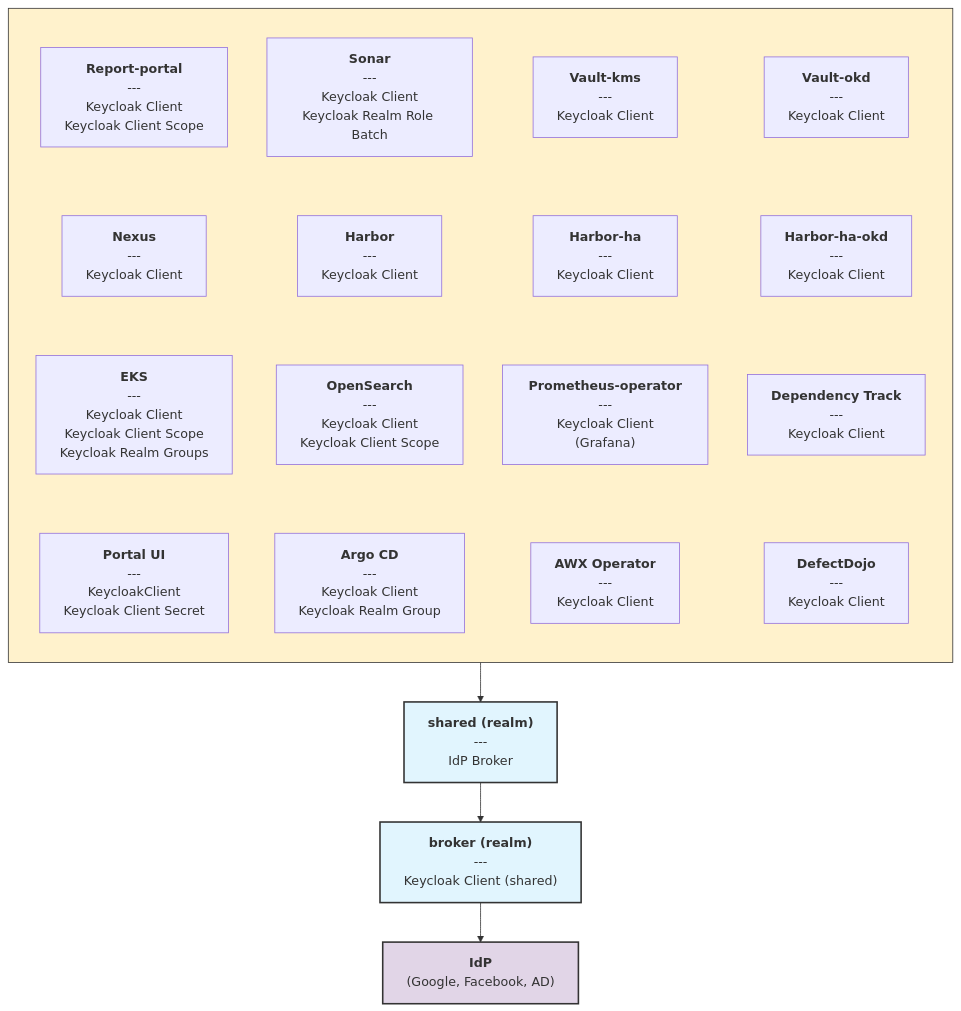
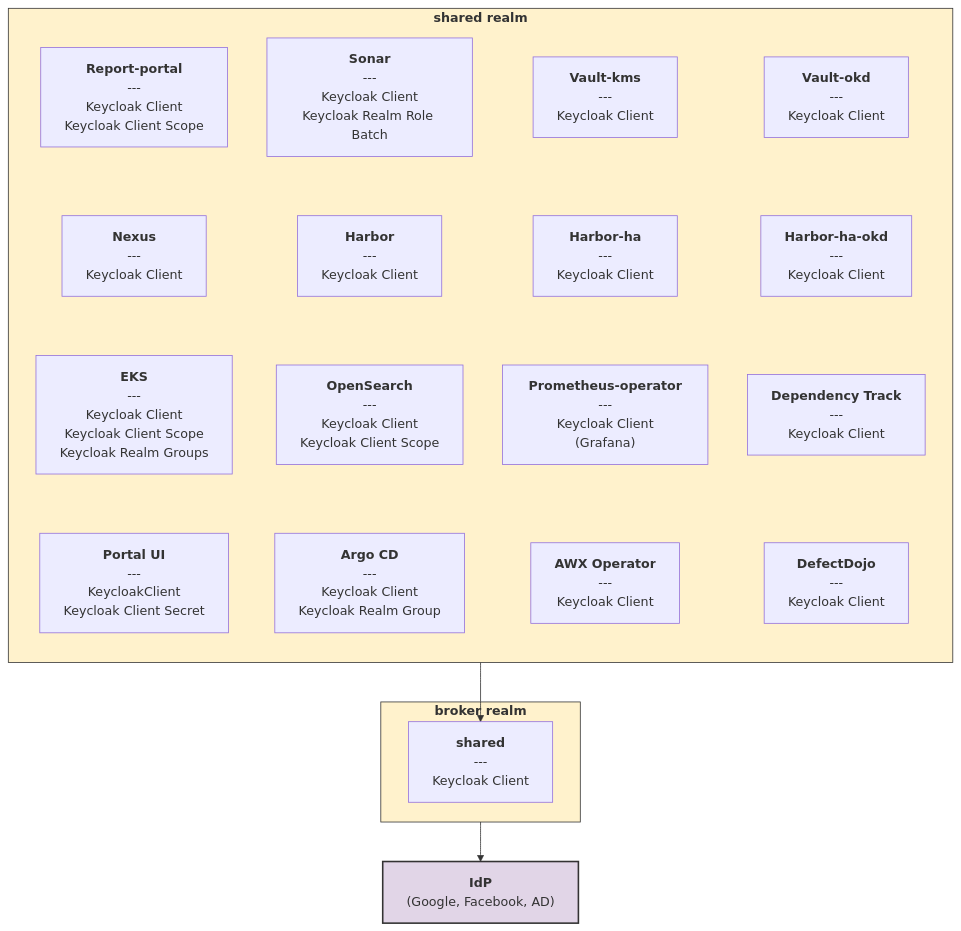
The first of 2 diagrams in versioned_docs/version-3.9.0/operator-guide/auth/platform-auth-model.md (KubeRocketCI/docs), drawn with Mermaid before and after one commit. The commit also changed other lines of this file and 2 other files, not shown here.

````diff
--- a/versioned_docs/version-3.9.0/operator-guide/auth/platform-auth-model.md
+++ b/versioned_docs/version-3.9.0/operator-guide/auth/platform-auth-model.md
@@ -13,41 +14,41 @@
 ```mermaid
 graph TD;
     style integrated_services fill:#FFF2CC,stroke:#333,stroke-width:1px
-    style shared_realm fill:#e1f5fe,stroke:#333,stroke-width:2px
-    style broker_realm fill:#e1f5fe,stroke:#333,stroke-width:2px
+    style broker_realm fill:#FFF2CC,stroke:#333,stroke-width:1px
     style IdP fill:#E1D5E7,stroke:#333,stroke-width:2px,dashed
 
-    subgraph integrated_services [" "]
+    subgraph integrated_services ["<b>shared realm</b>"]
         direction TB
         Report-Portal["<b>Report-portal</b><br>---<br>Keycloak Client<br> Keycloak Client Scope"]
         Sonar["<b>Sonar</b><br>---<br>Keycloak Client<br>Keycloak Realm Role Batch"]
         Vault-kms["<b>Vault-kms</b><br> --- <br> Keycloak Client"]
         Vault-okd["<b>Vault-okd</b><br> --- <br> Keycloak Client"]
         ArgoCD["<b>Argo CD</b><br> --- <br> Keycloak Client <br> Keycloak Realm Group"]
 
         EKS["<b>EKS</b><br> --- <br> Keycloak Client <br> Keycloak Client Scope <br> Keycloak Realm Groups"]
         Harbor["<b>Harbor</b><br> --- <br> Keycloak Client"]
         Harbor-ha["<b>Harbor-ha</b><br> --- <br> Keycloak Client"]
         Harbor-ha-okd["<b>Harbor-ha-okd</b><br> --- <br> Keycloak Client"]
         AWX-operator["<b>AWX Operator</b><br> --- <br> Keycloak Client"]
 
         Nexus["<b>Nexus</b><br> --- <br> Keycloak Client"]
         OpenSearch["<b>OpenSearch</b><br> --- <br> Keycloak Client <br> Keycloak Client Scope"]
         Prometheus-operator["<b>Prometheus-operator</b><br> --- <br> Keycloak Client (Grafana)"]
         DependencyTrack["<b>Dependency Track</b><br> --- <br> Keycloak Client"]
         DefectDojo["<b>DefectDojo</b><br> --- <br> Keycloak Client"]
 
         Portal["<b>Portal UI</b><br> --- <br> KeycloakClient <br> Keycloak Client Secret"]
 
         %% Define the new 4x4 grid layout
         Report-Portal ~~~ Nexus ~~~ EKS ~~~ Portal
         Sonar ~~~ Harbor ~~~ OpenSearch ~~~ ArgoCD
         Vault-kms ~~~ Harbor-ha ~~~ Prometheus-operator ~~~ AWX-operator
         Vault-okd ~~~ Harbor-ha-okd ~~~ DependencyTrack ~~~ DefectDojo
     end
+    subgraph broker_realm ["<b>broker realm</b>"]
+     shared["<b>shared</b><br> --- <br> Keycloak Client"]
+    end
 
-    integrated_services --> shared_realm["<b>shared (realm)</b><br> --- <br> IdP Broker"]
-
-    shared_realm --> broker_realm["<b>broker (realm)</b><br> --- <br> Keycloak Client (shared)"]
+    integrated_services --> shared["<b>shared</b><br> --- <br> Keycloak Client"]
     broker_realm --> IdP["<b>IdP</b><br> (Google, Facebook, AD)"]
 ```
````
